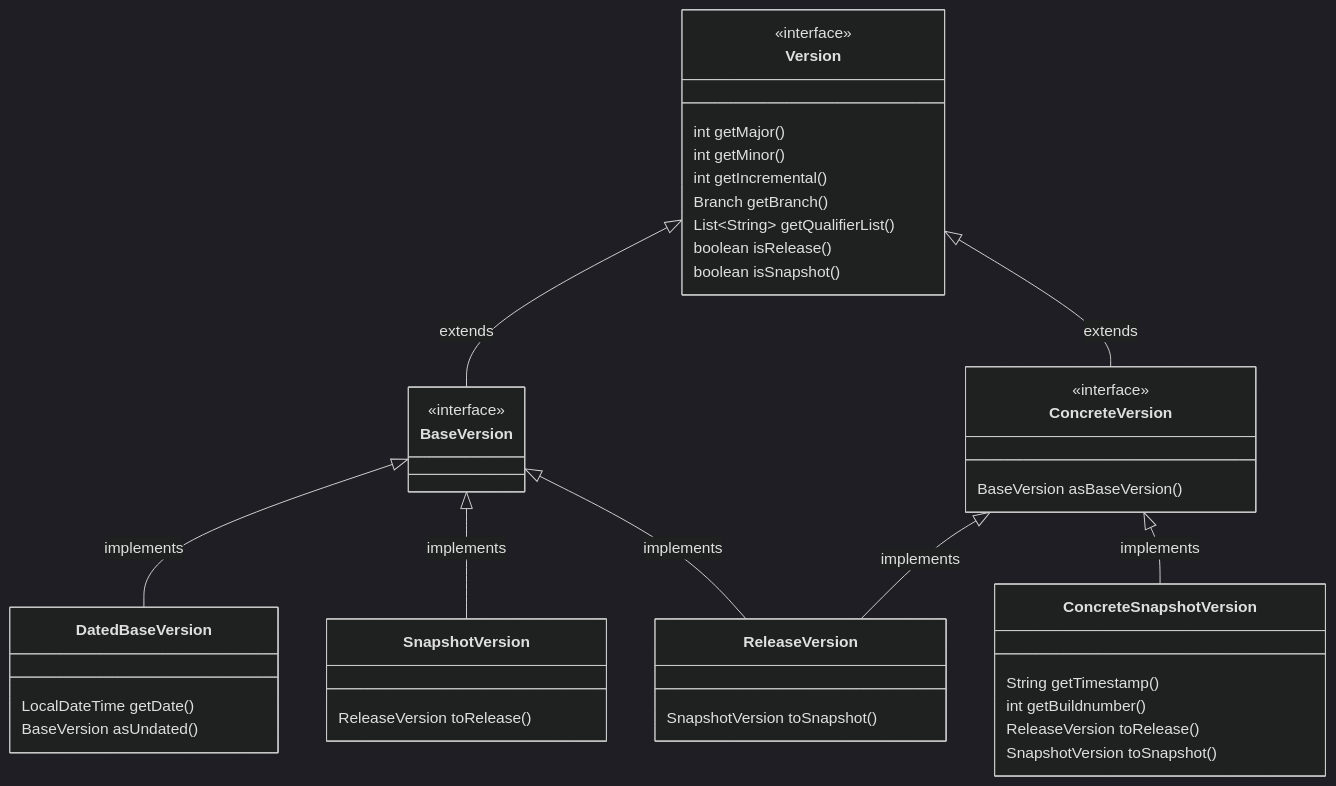
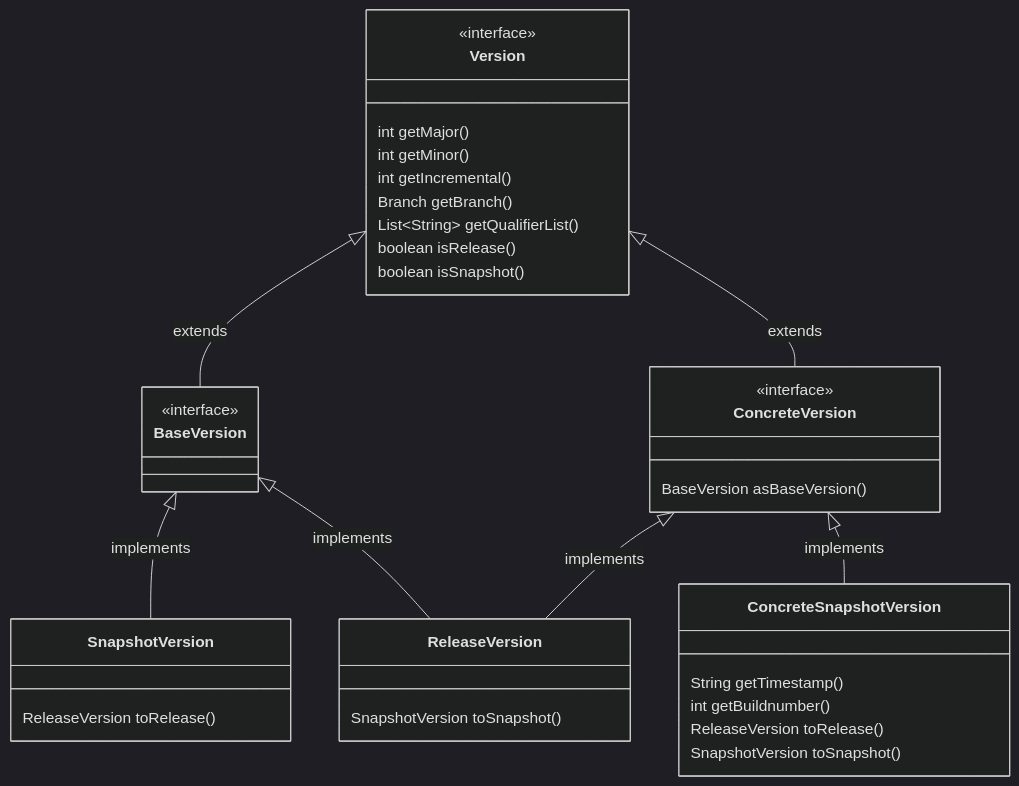
One commit to sitepark/versioning changed the diagram in README.md. Above: the diagram before and after it, drawn with Mermaid. The commit also changed other lines of this file and 46 other files, not shown here.

````diff
--- a/README.md
+++ b/README.md
@@ -38,47 +38,42 @@
 ```mermaid
 ---
 version class diagram
 ---
 %%{init: {'theme': 'dark'}}%%
 classDiagram
 	Version <|-- BaseVersion : extends
 	Version <|-- ConcreteVersion : extends
-	BaseVersion <|-- DatedBaseVersion : implements
 	BaseVersion <|-- SnapshotVersion : implements
 	BaseVersion <|-- ReleaseVersion : implements
 	ConcreteVersion <|-- ReleaseVersion : implements
 	ConcreteVersion <|-- ConcreteSnapshotVersion : implements
 	class Version {
 		<<interface>>
 		int getMajor()
 		int getMinor()
 		int getIncremental()
 		Branch getBranch()
 		List&lt;String&gt; getQualifierList()
 		boolean isRelease()
 		boolean isSnapshot()
 	}
 	class BaseVersion {
 		<<interface>>
 	}
 	class ConcreteVersion {
 		<<interface>>
 		BaseVersion asBaseVersion()
 	}
-	class DatedBaseVersion {
-		LocalDateTime getDate()
-		BaseVersion asUndated()
-	}
 	class SnapshotVersion {
 		ReleaseVersion toRelease()
 	}
 	class ReleaseVersion {
 		SnapshotVersion toSnapshot()
 	}
 	class ConcreteSnapshotVersion {
 		String getTimestamp()
 		int getBuildnumber()
 		ReleaseVersion toRelease()
 		SnapshotVersion toSnapshot()
 	}
 ```
````
